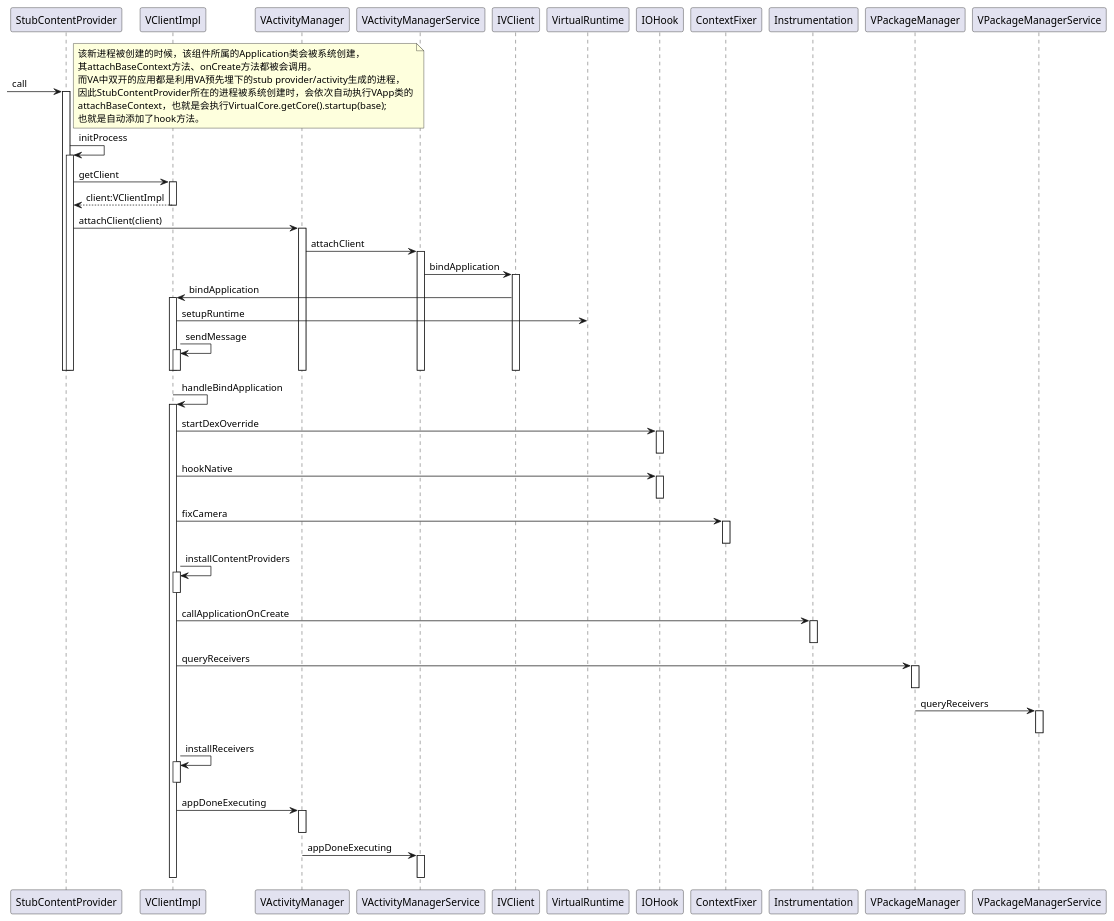
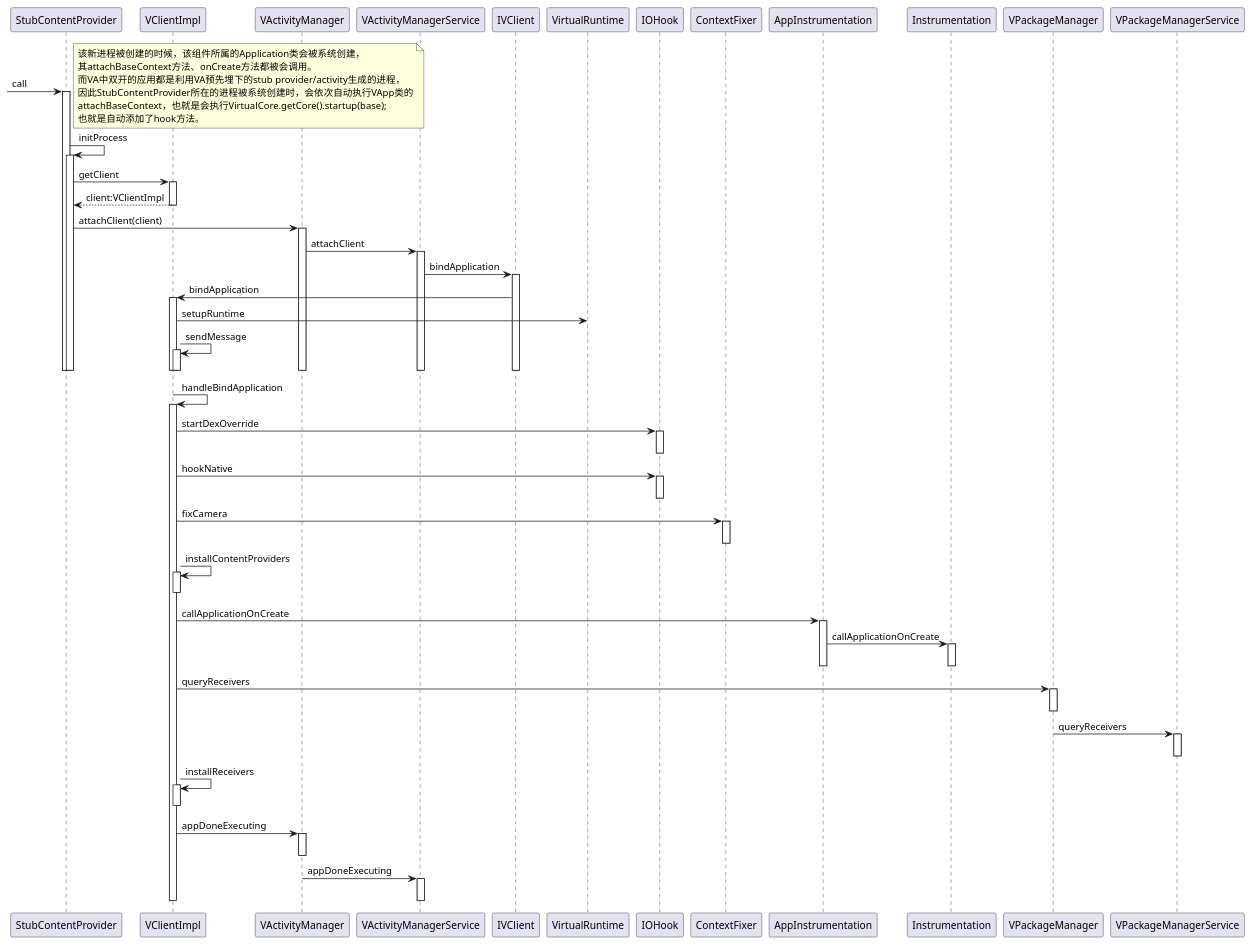
One commit to prife/VirtualAppDoc changed the diagram in VStubContentProvider.puml. Above: the diagram before and after it, drawn with PlantUML. The commit also changed 1 other file, not shown here.

```diff
--- a/VStubContentProvider.puml
+++ b/VStubContentProvider.puml
@@ -1,87 +1,90 @@
 @startuml
 
 [-> StubContentProvider : call
 
 note left
 该新进程被创建的时候，该组件所属的Application类会被系统创建，
 其attachBaseContext方法、onCreate方法都被会调用。
 而VA中双开的应用都是利用VA预先埋下的stub provider/activity生成的进程，
 因此StubContentProvider所在的进程被系统创建时，会依次自动执行VApp类的
 attachBaseContext，也就是会执行VirtualCore.getCore().startup(base);
 也就是自动添加了hook方法。
 endnote
 
 activate StubContentProvider
     StubContentProvider -> StubContentProvider : initProcess
     activate StubContentProvider
         StubContentProvider -> VClientImpl : getClient
         activate VClientImpl
             StubContentProvider <-- VClientImpl : client:VClientImpl
         deactivate VClientImpl
 
         StubContentProvider -> VActivityManager : attachClient(client)
         activate VActivityManager
                 VActivityManager -> VActivityManagerService : attachClient
                 activate VActivityManagerService
                     VActivityManagerService -> IVClient : bindApplication
                     activate IVClient
                         IVClient -> VClientImpl : bindApplication
                         activate VClientImpl
                             VClientImpl -> VirtualRuntime : setupRuntime
                             VClientImpl -> VClientImpl : sendMessage
                             activate VClientImpl
                             deactivate VClientImpl
                         deactivate VClientImpl
                     deactivate IVClient
                 deactivate VActivityManagerService
 
         deactivate VActivityManager
 
     deactivate StubContentProvider
 deactivate StubContentProvider
 
 VClientImpl -> VClientImpl : handleBindApplication
 activate VClientImpl
     VClientImpl -> IOHook : startDexOverride
     activate IOHook
     deactivate IOHook
 
     VClientImpl -> IOHook : hookNative
     activate IOHook
     deactivate IOHook
 
     VClientImpl -> ContextFixer : fixCamera
     activate ContextFixer
     deactivate ContextFixer
 
     VClientImpl -> VClientImpl : installContentProviders
     activate VClientImpl
     deactivate VClientImpl
 
-    VClientImpl -> Instrumentation : callApplicationOnCreate
-    activate Instrumentation
-    deactivate Instrumentation
+    VClientImpl -> AppInstrumentation : callApplicationOnCreate
+    activate AppInstrumentation
+        AppInstrumentation -> Instrumentation : callApplicationOnCreate
+        activate Instrumentation
+        deactivate Instrumentation
+    deactivate AppInstrumentation
 
     VClientImpl -> VPackageManager : queryReceivers
     activate VPackageManager
     deactivate VPackageManager
 
     VPackageManager -> VPackageManagerService : queryReceivers
     activate VPackageManagerService
     deactivate VPackageManagerService
 
     VClientImpl -> VClientImpl : installReceivers
     activate VClientImpl
     deactivate VClientImpl
 
     VClientImpl -> VActivityManager : appDoneExecuting
     activate VActivityManager
     deactivate VActivityManager
 
     VActivityManager -> VActivityManagerService : appDoneExecuting
     activate VActivityManagerService
     deactivate VActivityManagerService
 
 deactivate VClientImpl
 
 @enduml
```
